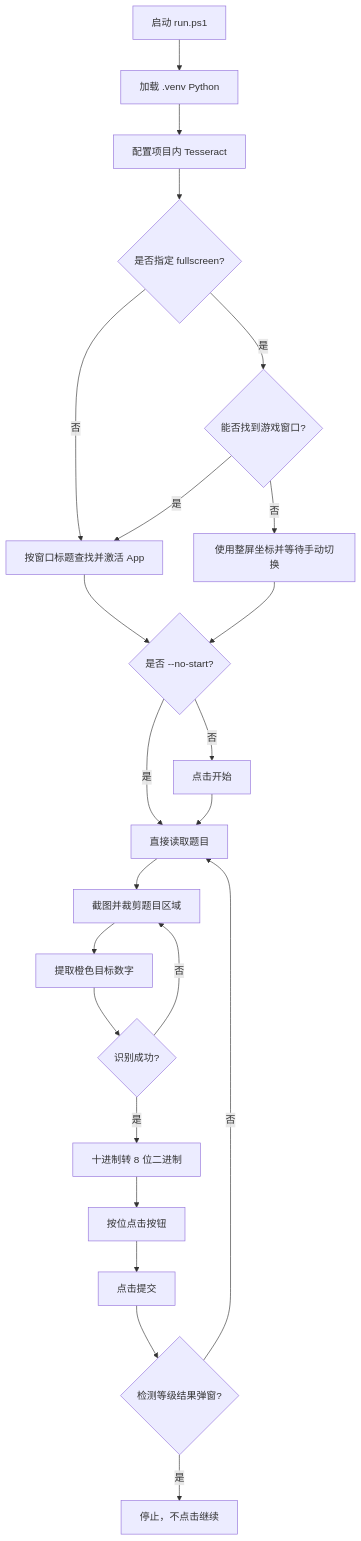
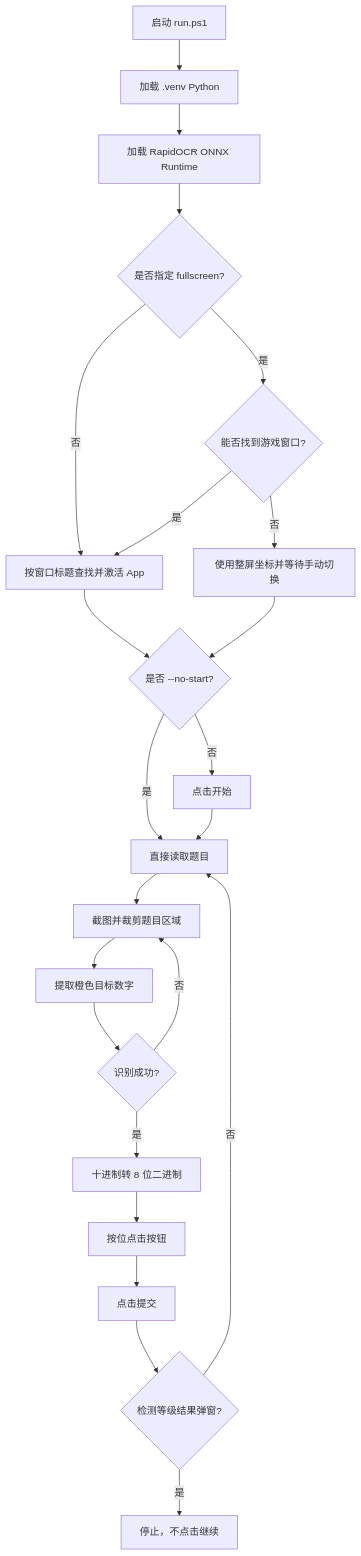
One commit to sinxy-sai/turing-complete-guide changed the first of 2 diagrams in docs/binary-speedrun.md. Above: the diagram before and after it, drawn with Mermaid. The commit also changed other lines of this file and 13 other files, not shown here.

First line of the commit message:
refactor(ocr): remove tesseract dependency

````diff
--- a/docs/binary-speedrun.md
+++ b/docs/binary-speedrun.md
@@ -31,25 +31,25 @@
 ```mermaid
 flowchart TD
     A[启动 run.ps1] --> B[加载 .venv Python]
-    B --> C[配置项目内 Tesseract]
+    B --> C[加载 RapidOCR ONNX Runtime]
     C --> D{是否指定 fullscreen?}
     D -- 否 --> E[按窗口标题查找并激活 App]
     D -- 是 --> F{能否找到游戏窗口?}
     F -- 是 --> E
     F -- 否 --> G[使用整屏坐标并等待手动切换]
     E --> H{是否 --no-start?}
     G --> H
     H -- 否 --> I[点击开始]
     H -- 是 --> J[直接读取题目]
     I --> J
     J --> K[截图并裁剪题目区域]
     K --> L[提取橙色目标数字]
     L --> M{识别成功?}
     M -- 否 --> K
     M -- 是 --> N[十进制转 8 位二进制]
     N --> O[按位点击按钮]
     O --> P[点击提交]
     P --> Q{检测等级结果弹窗?}
     Q -- 否 --> J
     Q -- 是 --> R[停止，不点击继续]
 ```
````
